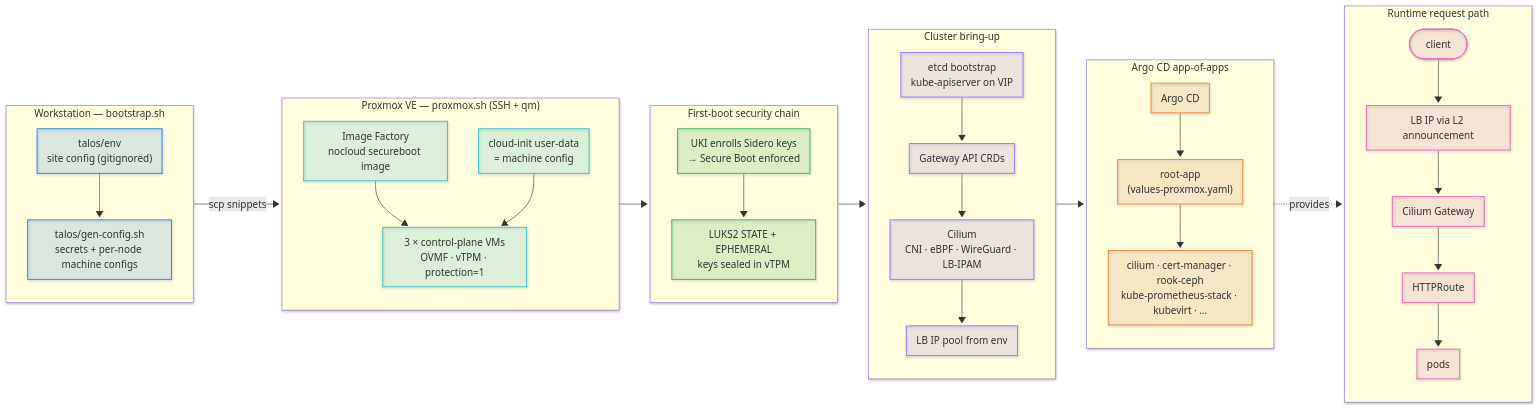
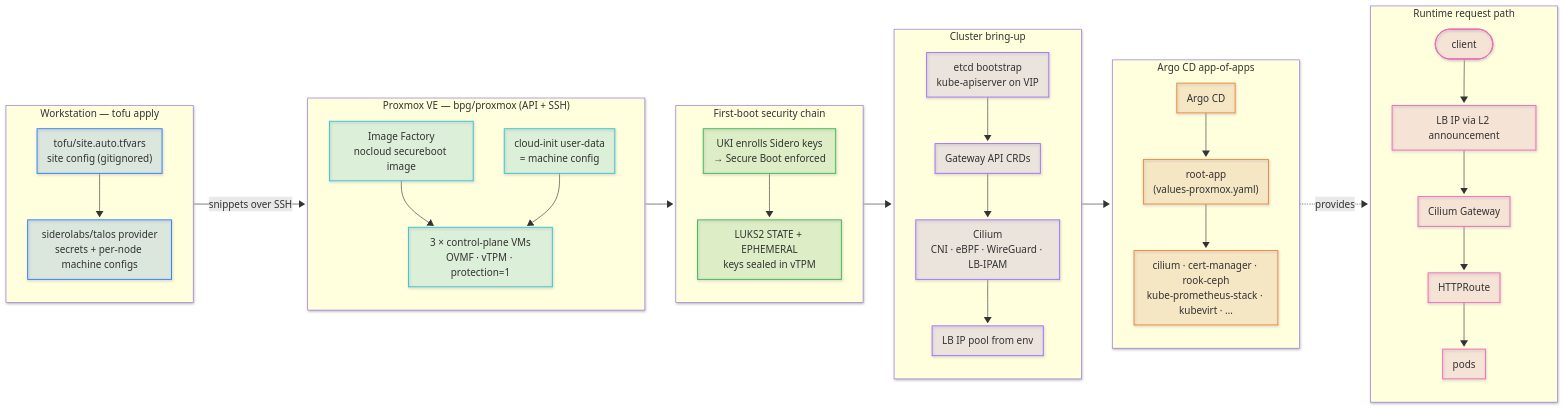
The diagram in README.md (skywalkw3r/talos-klube), drawn with Mermaid before and after one commit. The commit also changed other lines of this file and 6 other files, not shown here.

First line of the commit message:
feat(bootstrap): run the platform half on tofu outputs; docs

````diff
--- a/README.md
+++ b/README.md
@@ -35,73 +35,73 @@
 ```mermaid
 ---
 config:
   look: neo
   flowchart:
     curve: basis
 ---
 flowchart LR
-    subgraph LOCAL["Workstation — bootstrap.sh"]
+    subgraph LOCAL["Workstation — tofu apply"]
         direction TB
-        ENV["talos/env<br/>site config (gitignored)"]
-        GEN["talos/gen-config.sh<br/>secrets + per-node machine configs"]
+        ENV["tofu/site.auto.tfvars<br/>site config (gitignored)"]
+        GEN["siderolabs/talos provider<br/>secrets + per-node machine configs"]
         ENV --> GEN
     end
 
-    subgraph PVE["Proxmox VE — proxmox.sh (SSH + qm)"]
+    subgraph PVE["Proxmox VE — bpg/proxmox (API + SSH)"]
         direction TB
         IMG["Image Factory<br/>nocloud secureboot image"]
         VMS["3 × control-plane VMs<br/>OVMF · vTPM · protection=1"]
         CI["cloud-init user-data<br/>= machine config"]
         IMG --> VMS
         CI --> VMS
     end
-    LOCAL -- "scp snippets" --> PVE
+    LOCAL -- "snippets over SSH" --> PVE
 
     subgraph SEC["First-boot security chain"]
         direction TB
         SB["UKI enrolls Sidero keys<br/>→ Secure Boot enforced"]
         LUKS["LUKS2 STATE + EPHEMERAL<br/>keys sealed in vTPM"]
         SB --> LUKS
     end
     PVE --> SEC
 
     subgraph CLUSTER["Cluster bring-up"]
         direction TB
         ETCD["etcd bootstrap<br/>kube-apiserver on VIP"]
         GW["Gateway API CRDs"]
         CIL["Cilium<br/>CNI · eBPF · WireGuard · LB-IPAM"]
         POOL["LB IP pool from env"]
         ETCD --> GW --> CIL --> POOL
     end
     SEC --> CLUSTER
 
     subgraph GITOPS["Argo CD app-of-apps"]
         direction TB
         ARGO["Argo CD"]
         ROOT["root-app<br/>(values-proxmox.yaml)"]
         APPS["cilium · cert-manager · rook-ceph<br/>kube-prometheus-stack · kubevirt · …"]
         ARGO --> ROOT --> APPS
     end
     CLUSTER --> GITOPS
 
     subgraph TRAFFIC["Runtime request path"]
         direction TB
         CLIENT(["client"]) --> LB["LB IP via L2 announcement"]
         LB --> GWY["Cilium Gateway"] --> ROUTE["HTTPRoute"] --> PODS["pods"]
     end
     GITOPS -. "provides" .-> TRAFFIC
 
     %% translucent fills read on both GitHub light and dark themes
     classDef local fill:#2f81f722,stroke:#2f81f7,stroke-width:1.5px
     classDef pve fill:#39c5cf22,stroke:#39c5cf,stroke-width:1.5px
     classDef sec fill:#3fb95022,stroke:#3fb950,stroke-width:1.5px
     classDef clus fill:#a371f722,stroke:#a371f7,stroke-width:1.5px
     classDef git fill:#f0883e22,stroke:#f0883e,stroke-width:1.5px
     classDef net fill:#ec6cb922,stroke:#ec6cb9,stroke-width:1.5px
     class ENV,GEN local
     class IMG,VMS,CI pve
     class SB,LUKS sec
     class ETCD,GW,CIL,POOL clus
     class ARGO,ROOT,APPS git
     class CLIENT,LB,GWY,ROUTE,PODS net
 ```
````
